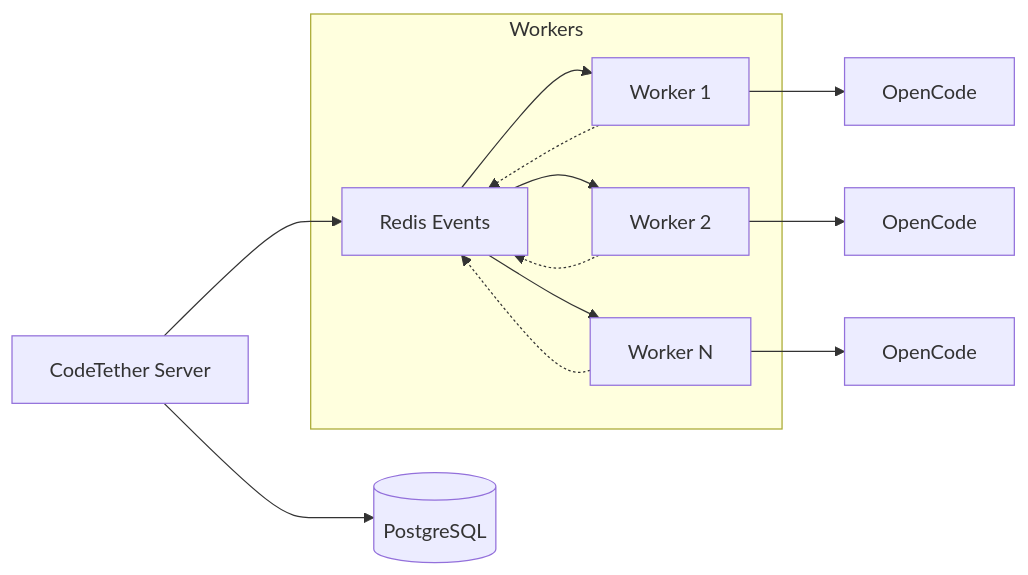
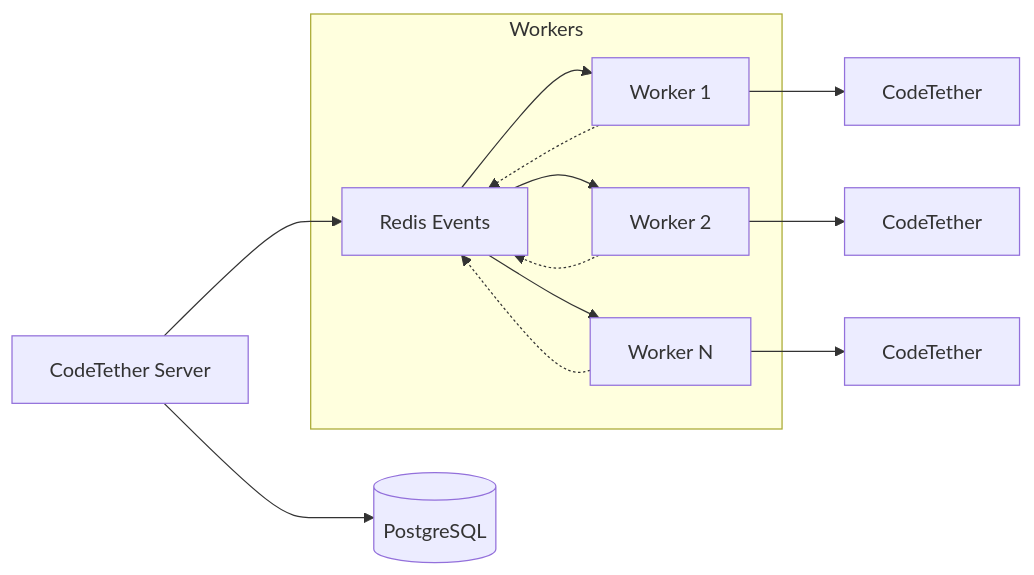
One commit to rileyseaburg/codetether changed the diagram in codetether-docs/features/distributed-workers.md. Above: the diagram before and after it, drawn with Mermaid. The commit also changed other lines of this file and 26 other files, not shown here.

````diff
--- a/codetether-docs/features/distributed-workers.md
+++ b/codetether-docs/features/distributed-workers.md
@@ -85,19 +85,19 @@
 ```mermaid
 graph LR
     S[CodeTether Server] --> PG[(PostgreSQL)]
     S --> R[(Redis)]
 
     subgraph Workers
         R --> W1[Worker 1]
         R --> W2[Worker 2]
         R --> W3[Worker N]
     end
 
-    W1 --> OC1[OpenCode]
-    W2 --> OC2[OpenCode]
-    W3 --> OC3[OpenCode]
+    W1 --> OC1[CodeTether]
+    W2 --> OC2[CodeTether]
+    W3 --> OC3[CodeTether]
 
     W1 -.-> R[Redis Events]
     W2 -.-> R
     W3 -.-> R
 ```
````
